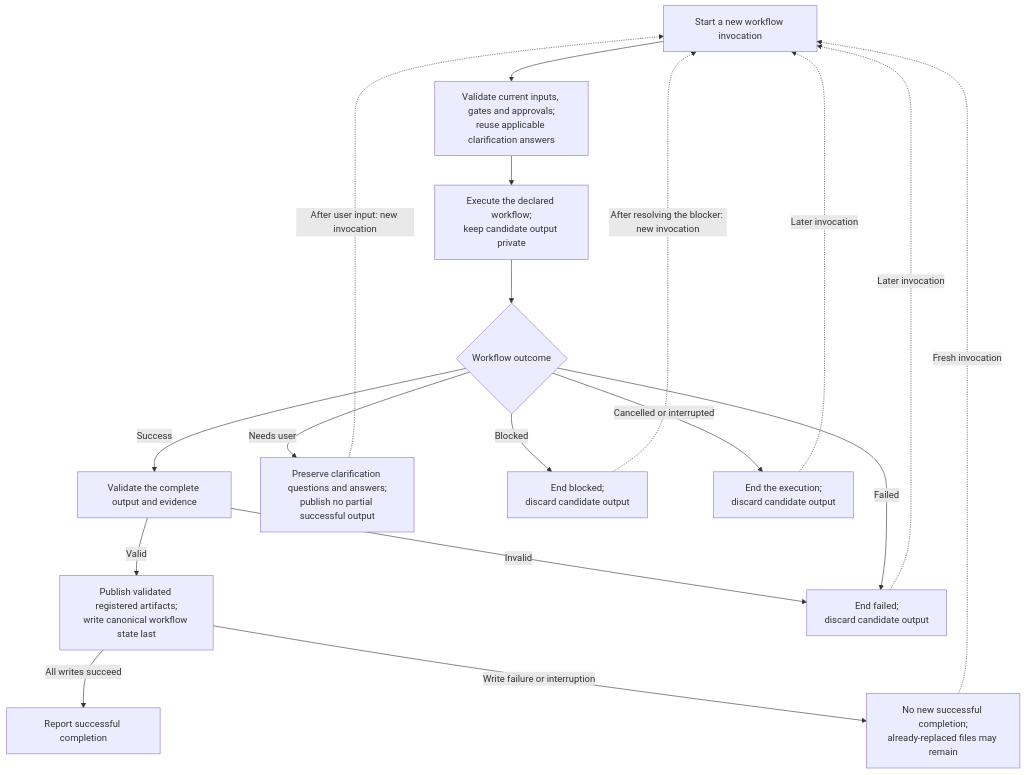
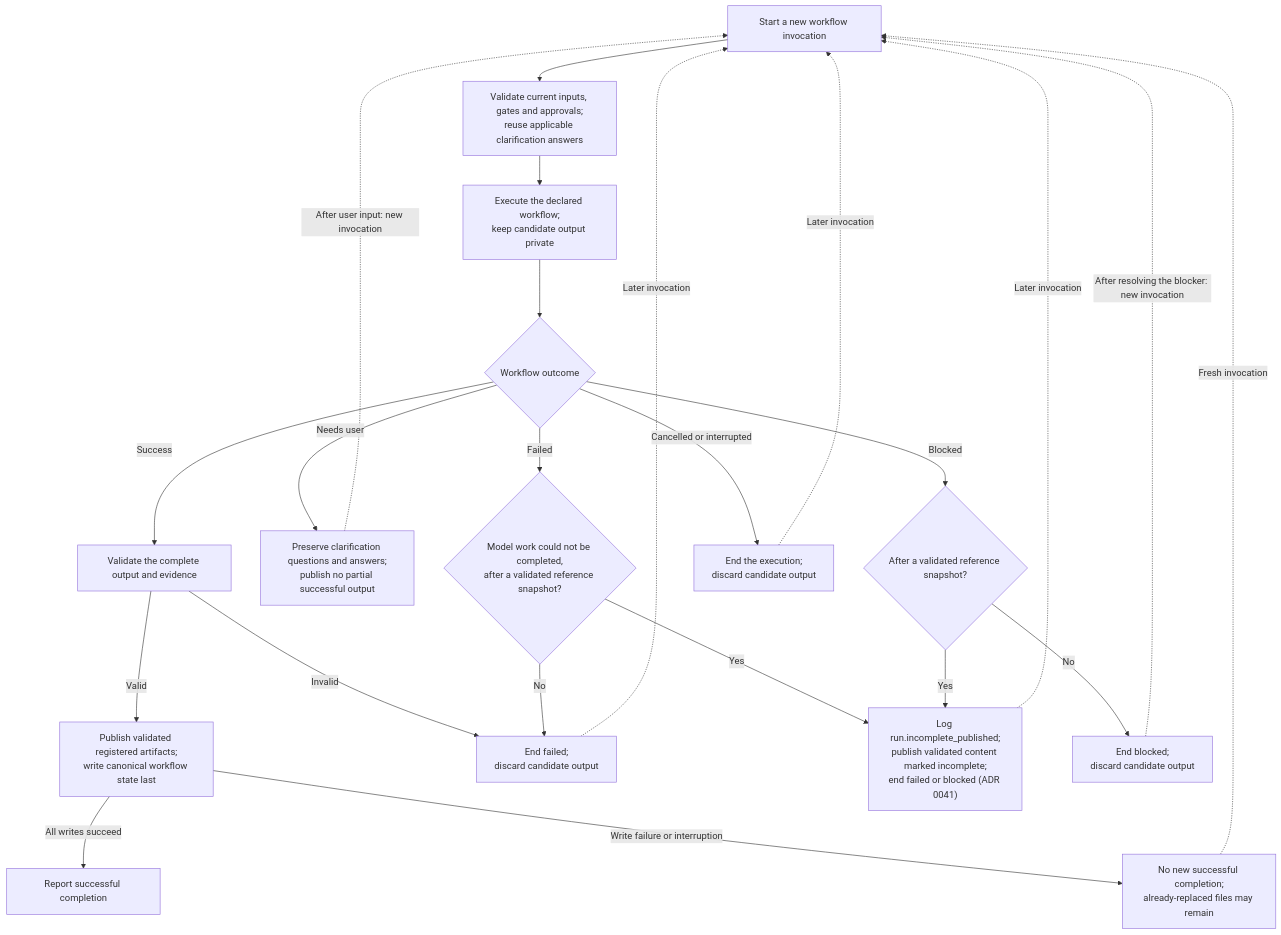
The diagram in design/diagrams/09-atomic-workflow-execution.md (littledespot/sdde), drawn with Mermaid before and after one commit. The commit also changed other lines of this file and 192 other files, not shown here.

````diff
--- a/design/diagrams/09-atomic-workflow-execution.md
+++ b/design/diagrams/09-atomic-workflow-execution.md
@@ -3,20 +3,25 @@
 ```mermaid
 flowchart TD
     START["Start a new workflow invocation"] --> INPUTS["Validate current inputs, gates and approvals;<br/>reuse applicable clarification answers"]
     INPUTS --> RUN["Execute the declared workflow;<br/>keep candidate output private"]
     RUN --> RESULT{"Workflow outcome"}
     RESULT -->|Success| VALIDATE["Validate the complete output and evidence"]
     VALIDATE -->|Valid| OUTPUT["Publish validated registered artifacts;<br/>write canonical workflow state last"]
     OUTPUT -->|All writes succeed| COMPLETE["Report successful completion"]
     OUTPUT -->|Write failure or interruption| WRITEFAIL["No new successful completion;<br/>already-replaced files may remain"]
     WRITEFAIL -. Fresh invocation .-> START
     VALIDATE -->|Invalid| FAILED["End failed;<br/>discard candidate output"]
     RESULT -->|Needs user| CLARIFY["Preserve clarification questions and answers;<br/>publish no partial successful output"]
-    RESULT -->|Failed| FAILED
-    RESULT -->|Blocked| BLOCKED["End blocked;<br/>discard candidate output"]
+    RESULT -->|Failed| FAILKIND{"Model work could not be completed,<br/>after a validated reference snapshot?"}
+    FAILKIND -->|Yes| PARTIAL["Log run.incomplete_published;<br/>publish validated content marked incomplete;<br/>end failed or blocked (ADR 0041)"]
+    FAILKIND -->|No| FAILED
+    PARTIAL -. Later invocation .-> START
+    RESULT -->|Blocked| BLOCKKIND{"After a validated reference snapshot?"}
+    BLOCKKIND -->|Yes| PARTIAL
+    BLOCKKIND -->|No| BLOCKED["End blocked;<br/>discard candidate output"]
     RESULT -->|Cancelled or interrupted| ABANDON["End the execution;<br/>discard candidate output"]
     CLARIFY -. After user input: new invocation .-> START
     FAILED -. Later invocation .-> START
     BLOCKED -. After resolving the blocker: new invocation .-> START
     ABANDON -. Later invocation .-> START
 ```
````
